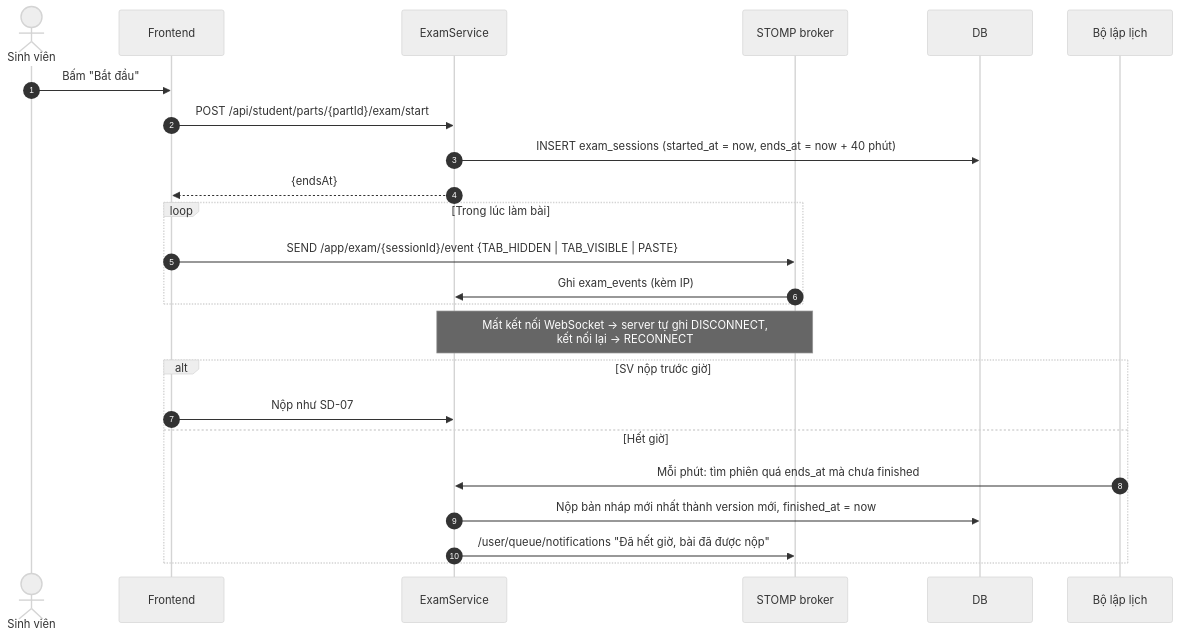
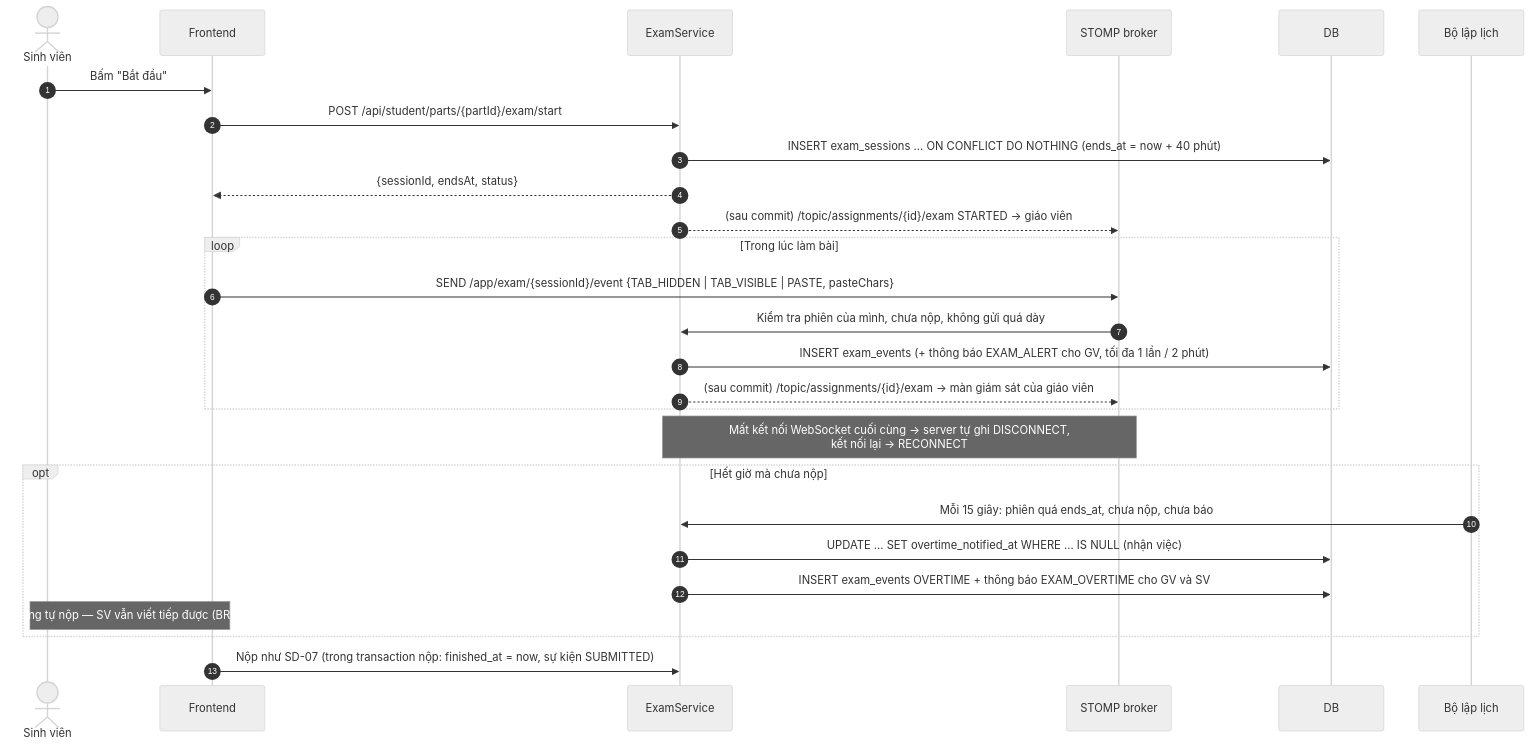
One commit to duckkthoi/ielts-system changed diagram 13 of 13 in docs/03-sequence.md. Above: the diagram before and after it, drawn with Mermaid (neutral theme). The commit also changed other lines of this file and 192 other files, not shown here.

````diff
--- a/docs/03-sequence.md
+++ b/docs/03-sequence.md
@@ -545,27 +544,30 @@
 ```mermaid
 sequenceDiagram
     autonumber
     actor SV as Sinh viên
     participant FE as Frontend
     participant E as ExamService
     participant WS as STOMP broker
     participant DB as DB
     participant SCH as Bộ lập lịch
 
     SV->>FE: Bấm "Bắt đầu"
     FE->>E: POST /api/student/parts/{partId}/exam/start
-    E->>DB: INSERT exam_sessions (started_at = now, ends_at = now + 40 phút)
-    E-->>FE: {endsAt}
+    E->>DB: INSERT exam_sessions … ON CONFLICT DO NOTHING (ends_at = now + 40 phút)
+    E-->>FE: {sessionId, endsAt, status}
+    E-->>WS: (sau commit) /topic/assignments/{id}/exam STARTED → giáo viên
     loop Trong lúc làm bài
-        FE->>WS: SEND /app/exam/{sessionId}/event {TAB_HIDDEN | TAB_VISIBLE | PASTE}
-        WS->>E: Ghi exam_events (kèm IP)
+        FE->>WS: SEND /app/exam/{sessionId}/event {TAB_HIDDEN | TAB_VISIBLE | PASTE, pasteChars}
+        WS->>E: Kiểm tra phiên của mình, chưa nộp, không gửi quá dày
+        E->>DB: INSERT exam_events (+ thông báo EXAM_ALERT cho GV, tối đa 1 lần / 2 phút)
+        E-->>WS: (sau commit) /topic/assignments/{id}/exam → màn giám sát của giáo viên
     end
-    Note over WS,E: Mất kết nối WebSocket → server tự ghi DISCONNECT,<br/>kết nối lại → RECONNECT
-    alt SV nộp trước giờ
-        FE->>E: Nộp như SD-07
-    else Hết giờ
-        SCH->>E: Mỗi phút: tìm phiên quá ends_at mà chưa finished
-        E->>DB: Nộp bản nháp mới nhất thành version mới, finished_at = now
-        E->>WS: /user/queue/notifications "Đã hết giờ, bài đã được nộp"
+    Note over WS,E: Mất kết nối WebSocket cuối cùng → server tự ghi DISCONNECT,<br/>kết nối lại → RECONNECT
+    opt Hết giờ mà chưa nộp
+        SCH->>E: Mỗi 15 giây: phiên quá ends_at, chưa nộp, chưa báo
+        E->>DB: UPDATE … SET overtime_notified_at WHERE … IS NULL (nhận việc)
+        E->>DB: INSERT exam_events OVERTIME + thông báo EXAM_OVERTIME cho GV và SV
+        Note over SV,FE: Không tự nộp — SV vẫn viết tiếp được (BR-24)
     end
+    FE->>E: Nộp như SD-07 (trong transaction nộp: finished_at = now, sự kiện SUBMITTED)
 ```
````
